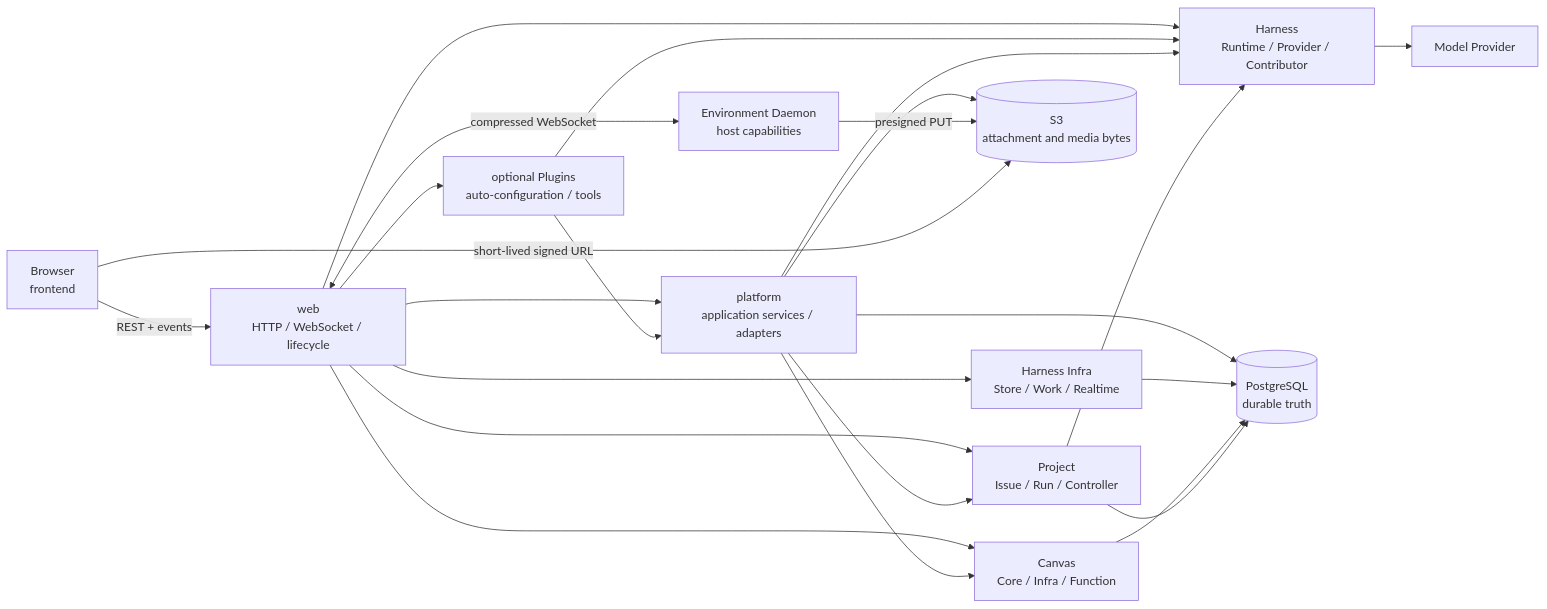
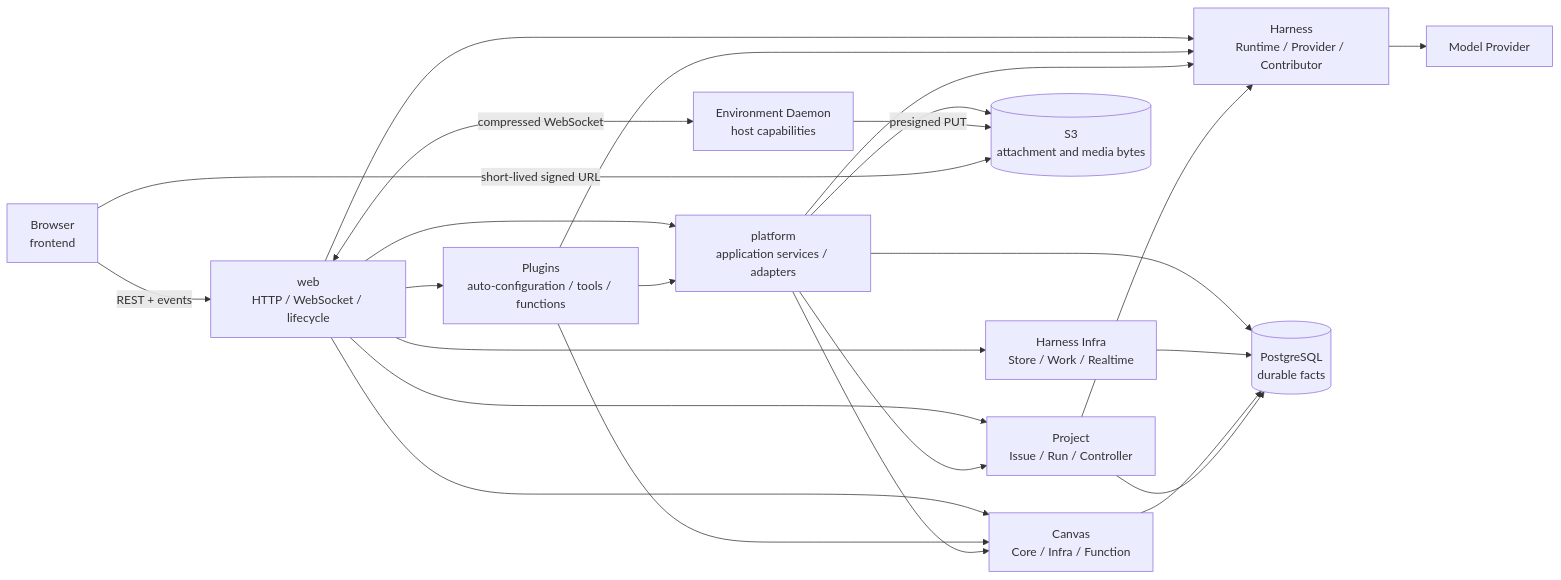
One commit to fengwk/kk-studio changed the diagram in docs/system-design.md. Above: the diagram before and after it, drawn with Mermaid. The commit also changed other lines of this file and 3 other files, not shown here.

Commit message:
docs: describe current core architecture and product flows

````diff
--- a/docs/system-design.md
+++ b/docs/system-design.md
@@ -282,38 +24,39 @@
 ```mermaid
 flowchart LR
     Browser["Browser<br/>frontend"]
     Web["web<br/>HTTP / WebSocket / lifecycle"]
     Platform["platform<br/>application services / adapters"]
     Harness["Harness<br/>Runtime / Provider / Contributor"]
-    Plugins["optional Plugins<br/>auto-configuration / tools"]
-    HarnessInfra["Harness Infra<br/>Store / Work / Realtime"]
+    Plugins["Plugins<br/>auto-configuration / tools / functions"]
+    Infra["Harness Infra<br/>Store / Work / Realtime"]
     Canvas["Canvas<br/>Core / Infra / Function"]
     Project["Project<br/>Issue / Run / Controller"]
-    PG[("PostgreSQL<br/>durable truth")]
+    PG[("PostgreSQL<br/>durable facts")]
     S3[("S3<br/>attachment and media bytes")]
     Provider["Model Provider"]
     Daemon["Environment Daemon<br/>host capabilities"]
 
     Browser -->|REST + events| Web
     Web --> Platform
     Web --> Harness
+    Web --> Infra
+    Web --> Canvas
+    Web --> Project
     Web --> Plugins
     Plugins --> Platform
     Plugins --> Harness
-    Web --> HarnessInfra
-    Web --> Canvas
-    Web --> Project
+    Plugins --> Canvas
     Platform --> Harness
     Platform --> Canvas
     Platform --> Project
     Project --> Harness
     Platform --> PG
     Platform --> S3
-    HarnessInfra --> PG
+    Infra --> PG
     Canvas --> PG
     Project --> PG
     Harness --> Provider
     Web <-->|compressed WebSocket| Daemon
     Daemon -->|presigned PUT| S3
     Browser -->|short-lived signed URL| S3
 ```
````
